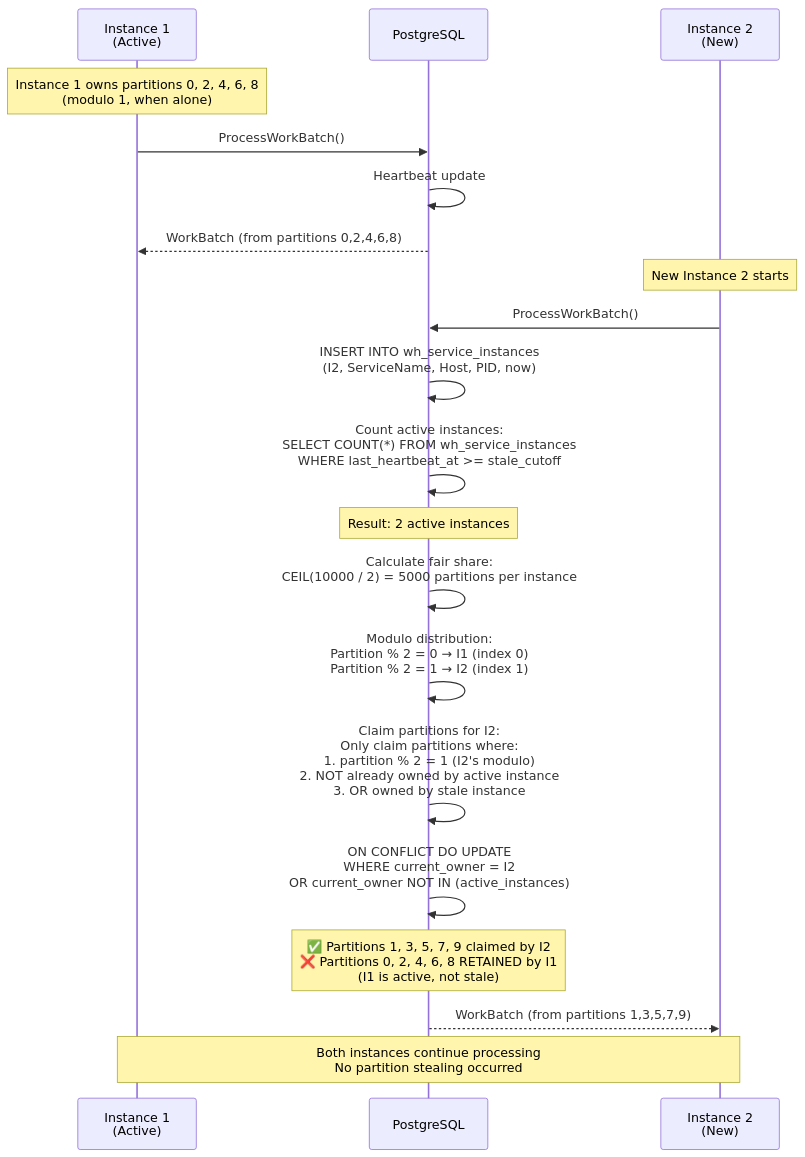
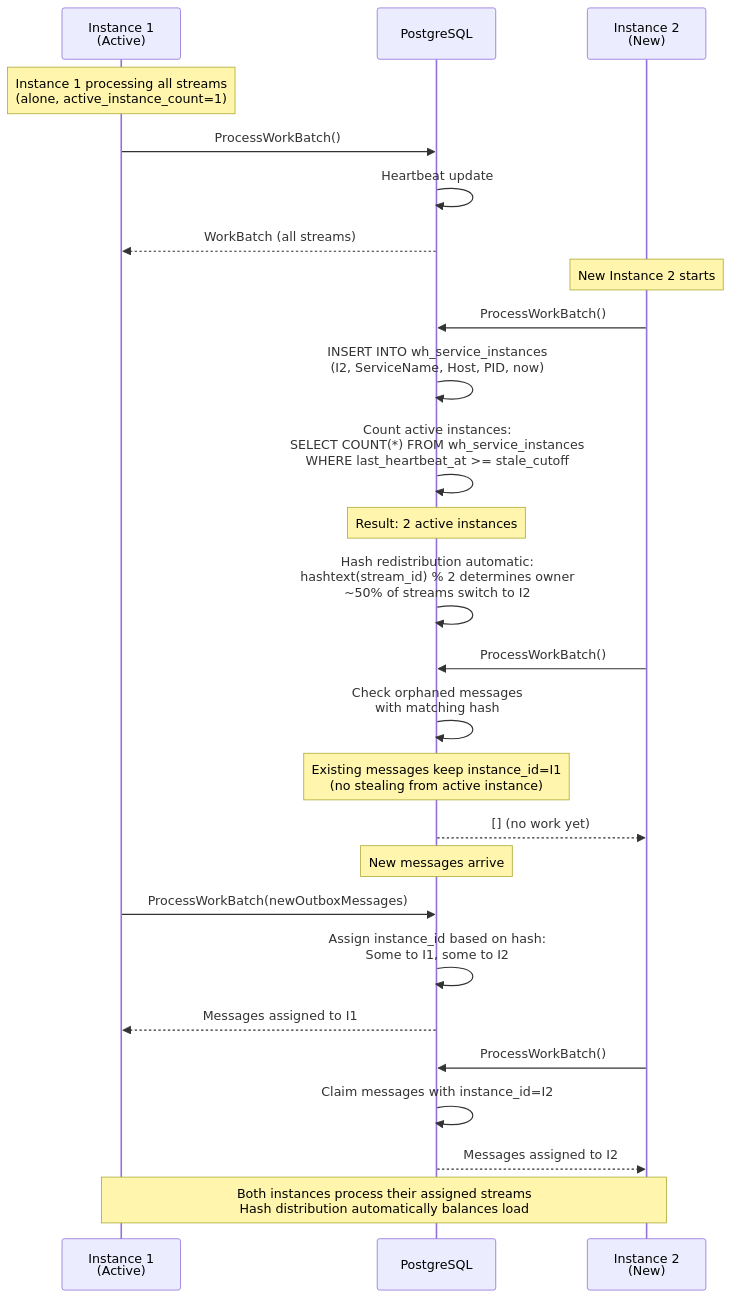
One commit to whizbang-lib/whizbang-lib.github.io changed the third of 10 diagrams in src/assets/docs/v0.1.0/messaging/multi-instance-coordination.md. Above: the diagram before and after it, drawn with Mermaid. The commit also changed other lines of this file and 4 other files, not shown here.

````diff
--- a/src/assets/docs/v0.1.0/messaging/multi-instance-coordination.md
+++ b/src/assets/docs/v0.1.0/messaging/multi-instance-coordination.md
@@ -126,28 +125,38 @@
 ```mermaid
 sequenceDiagram
     participant I1 as Instance 1<br/>(Active)
     participant DB as PostgreSQL
     participant I2 as Instance 2<br/>(New)
 
-    Note over I1: Instance 1 owns partitions 0, 2, 4, 6, 8<br/>(modulo 1, when alone)
+    Note over I1: Instance 1 processing all streams<br/>(alone, active_instance_count=1)
 
     I1->>DB: ProcessWorkBatch()
     DB->>DB: Heartbeat update
-    DB-->>I1: WorkBatch (from partitions 0,2,4,6,8)
+    DB-->>I1: WorkBatch (all streams)
 
     Note over I2: New Instance 2 starts
 
     I2->>DB: ProcessWorkBatch()
     DB->>DB: INSERT INTO wh_service_instances<br/>(I2, ServiceName, Host, PID, now)
     DB->>DB: Count active instances:<br/>SELECT COUNT(*) FROM wh_service_instances<br/>WHERE last_heartbeat_at >= stale_cutoff
     Note over DB: Result: 2 active instances
 
-    DB->>DB: Calculate fair share:<br/>CEIL(10000 / 2) = 5000 partitions per instance
-    DB->>DB: Modulo distribution:<br/>Partition % 2 = 0 → I1 (index 0)<br/>Partition % 2 = 1 → I2 (index 1)
-    DB->>DB: Claim partitions for I2:<br/>Only claim partitions where:<br/>1. partition % 2 = 1 (I2's modulo)<br/>2. NOT already owned by active instance<br/>3. OR owned by stale instance
-    DB->>DB: ON CONFLICT DO UPDATE<br/>WHERE current_owner = I2<br/>OR current_owner NOT IN (active_instances)
-    Note over DB: ✅ Partitions 1, 3, 5, 7, 9 claimed by I2<br/>❌ Partitions 0, 2, 4, 6, 8 RETAINED by I1<br/>(I1 is active, not stale)
-    DB-->>I2: WorkBatch (from partitions 1,3,5,7,9)
+    DB->>DB: Hash redistribution automatic:<br/>hashtext(stream_id) % 2 determines owner<br/>~50% of streams switch to I2
 
-    Note over I1,I2: Both instances continue processing<br/>No partition stealing occurred
+    I2->>DB: ProcessWorkBatch()
+    DB->>DB: Check orphaned messages<br/>with matching hash
+    Note over DB: Existing messages keep instance_id=I1<br/>(no stealing from active instance)
+    DB-->>I2: [] (no work yet)
+
+    Note over DB: New messages arrive
+
+    I1->>DB: ProcessWorkBatch(newOutboxMessages)
+    DB->>DB: Assign instance_id based on hash:<br/>Some to I1, some to I2
+    DB-->>I1: Messages assigned to I1
+
+    I2->>DB: ProcessWorkBatch()
+    DB->>DB: Claim messages with instance_id=I2
+    DB-->>I2: Messages assigned to I2
+
+    Note over I1,I2: Both instances process their assigned streams<br/>Hash distribution automatically balances load
 ```
````
